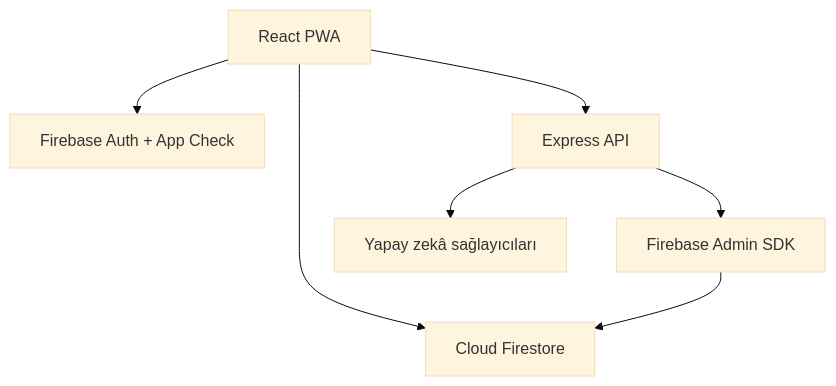
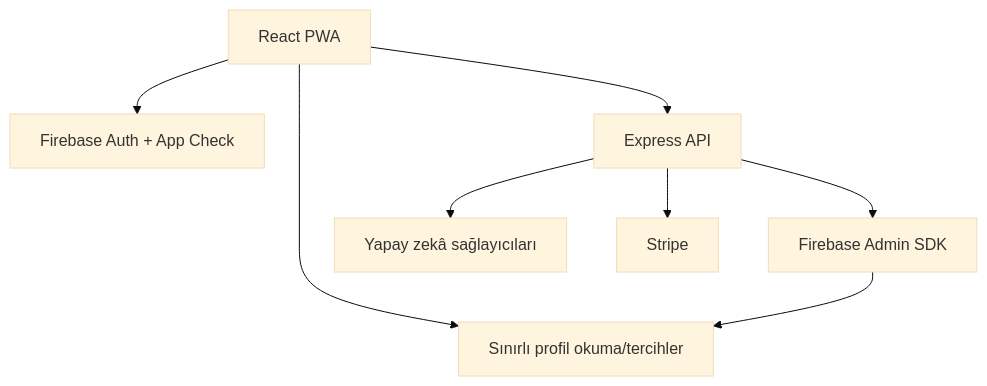
One commit to muratteknofest-stack/Bilsem-Junior changed the diagram in README.md. Above: the diagram before and after it, drawn with Mermaid (base theme). The commit also changed other lines of this file and 84 other files, not shown here.

````diff
--- a/README.md
+++ b/README.md
@@ -26,9 +27,10 @@
 ```mermaid
 flowchart TD
     UI["React PWA"] --> AUTH["Firebase Auth + App Check"]
-    UI --> FS["Cloud Firestore"]
     UI --> API["Express API"]
+    UI --> FS["Sınırlı profil okuma/tercihler"]
     API --> ADMIN["Firebase Admin SDK"]
+    ADMIN --> FS
     API --> AI["Yapay zekâ sağlayıcıları"]
-    ADMIN --> FS
+    API --> PAY["Stripe"]
 ```
````
